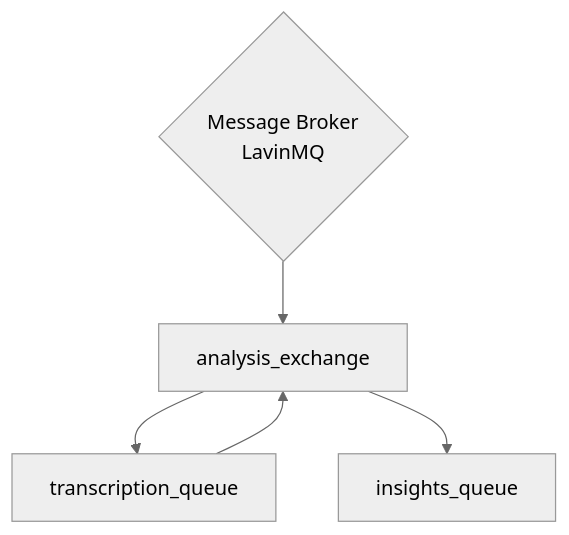
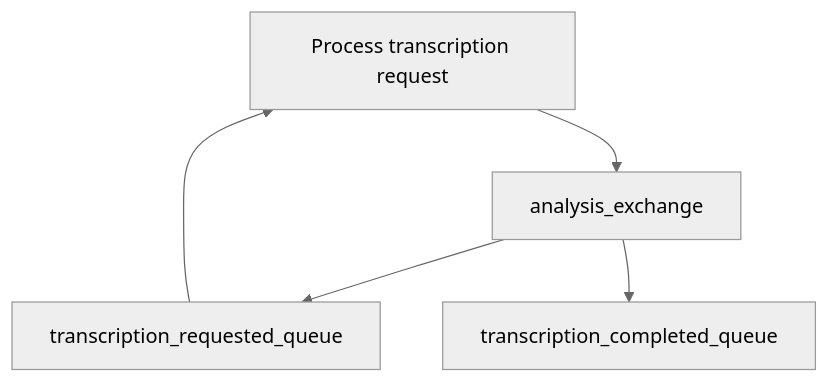
Before and after one commit to UXcaptain/transcription-service: the diagram in README.md, drawn with Mermaid (neutral theme).

````diff
--- a/README.md
+++ b/README.md
@@ -119,9 +119,9 @@
 ```mermaid
 graph TD
     
-    C{Message Broker<br/>LavinMQ}
-    C --> D[analysis_exchange]
-    D --> F[transcription_queue]
-    F --> D[analysis_exchange]
-    D --> I[insights_queue]
+    A{Message Broker<br/>LavinMQ}
+    A --> B[analysis_exchange]
+    B --> C[transcription_requested_queue]
+    C --> A[Process transcription request]
+    B --> D[transcription_completed_queue]
 ```
````
